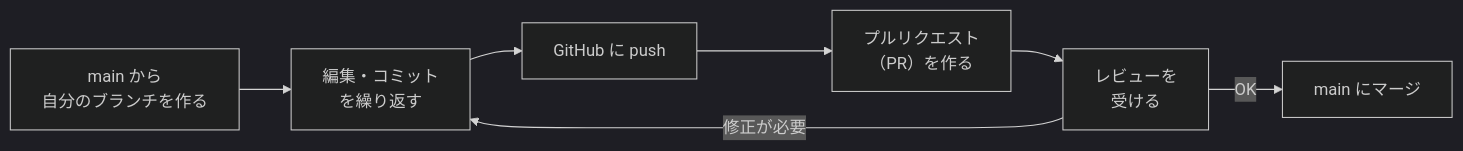
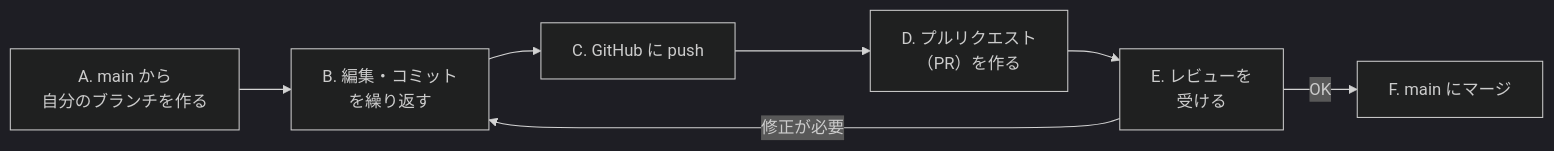
The fourth of 4 diagrams in 00_ドキュメント/Git/01_Gitの仕組みと用語.md (YTS0418/PRMN_SYSTEM_Lecture), drawn with Mermaid (dark theme) before and after one commit. The commit also changed other lines of this file and 2 other files, not shown here.

Commit message:
内容を変更した

````diff
--- a/00_ドキュメント/Git/01_Gitの仕組みと用語.md
+++ b/00_ドキュメント/Git/01_Gitの仕組みと用語.md
@@ -135,9 +134,9 @@
 ```mermaid
 flowchart LR
-    A["main から<br>自分のブランチを作る"] --> B["編集・コミット<br>を繰り返す"]
-    B --> C["GitHub に push"]
-    C --> D["プルリクエスト<br>（PR）を作る"]
-    D --> E["レビューを<br>受ける"]
+    A["A. main から<br>自分のブランチを作る"] --> B["B. 編集・コミット<br>を繰り返す"]
+    B --> C["C. GitHub に push"]
+    C --> D["D. プルリクエスト<br>（PR）を作る"]
+    D --> E["E. レビューを<br>受ける"]
     E -->|"修正が必要"| B
-    E -->|"OK"| F["main にマージ"]
+    E -->|"OK"| F["F. main にマージ"]
 ```
````
